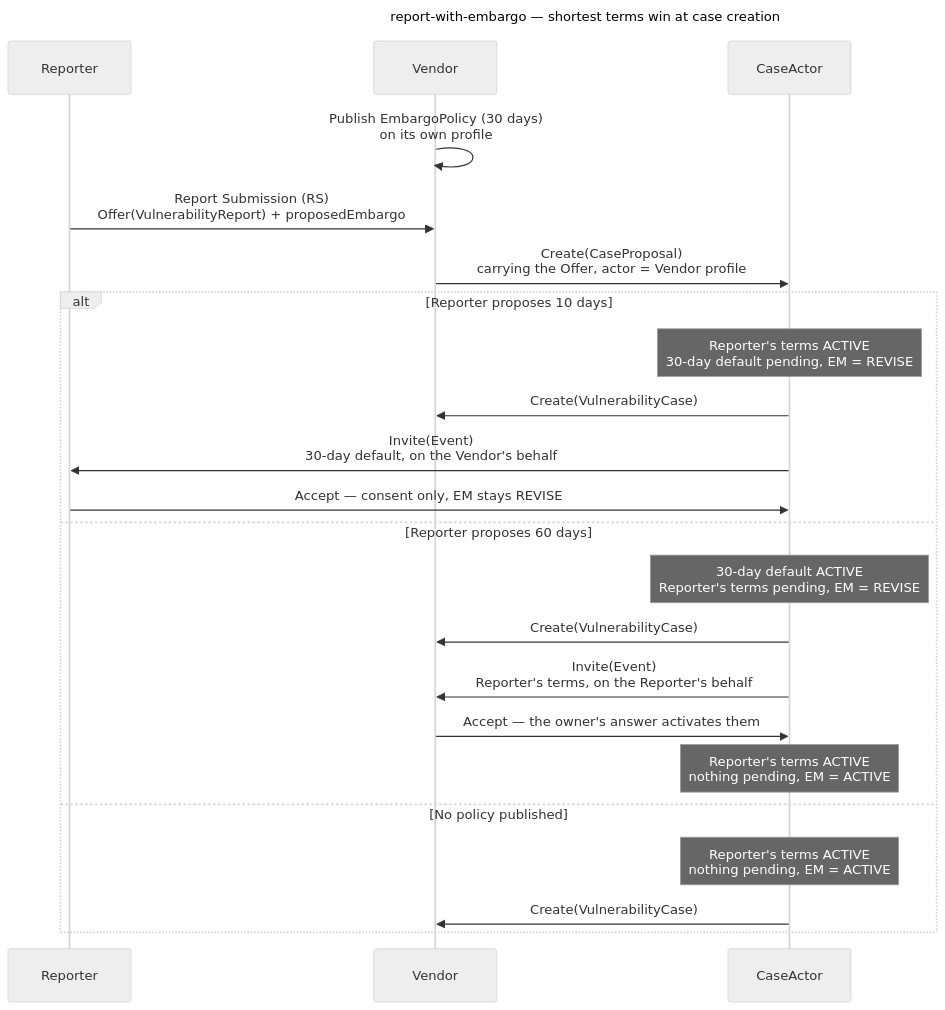
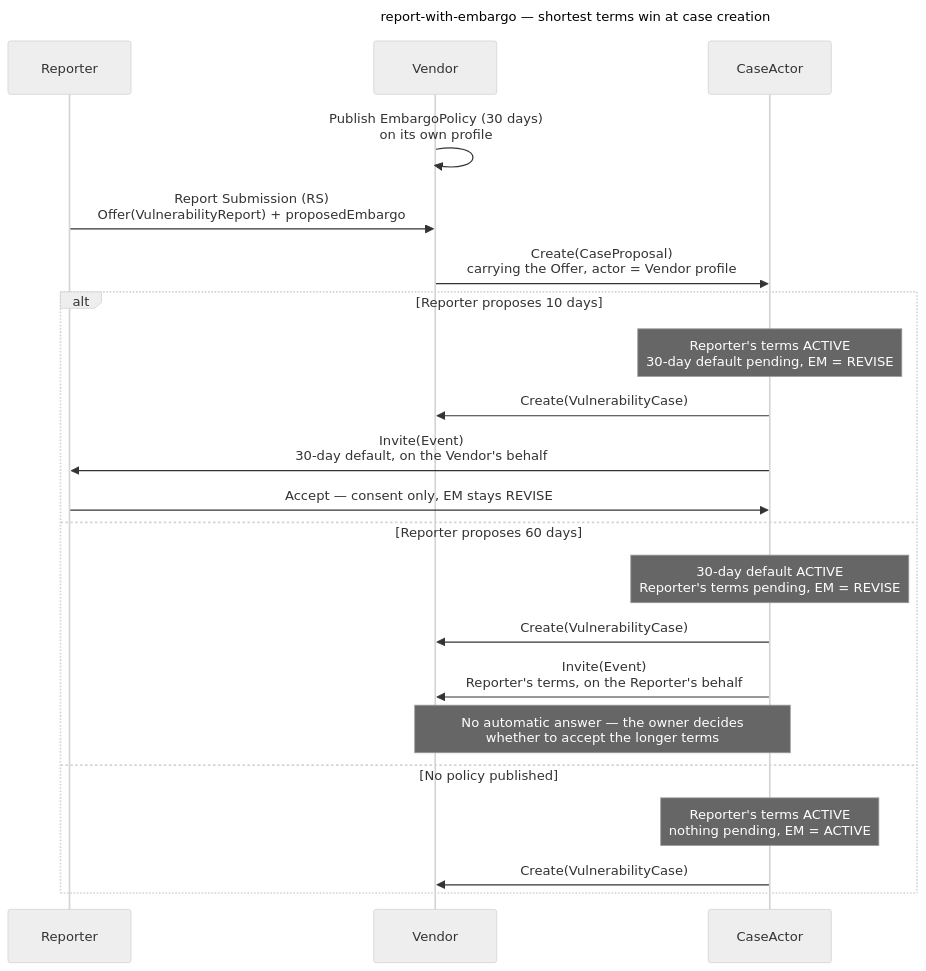
The sixth of 9 diagrams in docs/tutorials/other_demos.md (CERTCC/Vultron), drawn with Mermaid (neutral theme) before and after one commit. The commit also changed other lines of this file and 11 other files, not shown here.

First line of the commit message:
fix: owner holds its answer to a relayed revision Invite

````diff
--- a/docs/tutorials/other_demos.md
+++ b/docs/tutorials/other_demos.md
@@ -274,28 +275,27 @@
 ```mermaid
 ---
 title: report-with-embargo — shortest terms win at case creation
 ---
 sequenceDiagram
     participant R as Reporter
     participant V as Vendor
     participant CA as CaseActor
 
     V->>V: Publish EmbargoPolicy (30 days)<br/>on its own profile
     R->>V: Report Submission (RS)<br/>Offer(VulnerabilityReport) + proposedEmbargo
     V->>CA: Create(CaseProposal)<br/>carrying the Offer, actor = Vendor profile
     alt Reporter proposes 10 days
         Note over CA: Reporter's terms ACTIVE<br/>30-day default pending, EM = REVISE
         CA->>V: Create(VulnerabilityCase)
         CA->>R: Invite(Event)<br/>30-day default, on the Vendor's behalf
         R->>CA: Accept — consent only, EM stays REVISE
     else Reporter proposes 60 days
         Note over CA: 30-day default ACTIVE<br/>Reporter's terms pending, EM = REVISE
         CA->>V: Create(VulnerabilityCase)
         CA->>V: Invite(Event)<br/>Reporter's terms, on the Reporter's behalf
-        V->>CA: Accept — the owner's answer activates them
-        Note over CA: Reporter's terms ACTIVE<br/>nothing pending, EM = ACTIVE
+        Note over V,CA: No automatic answer — the owner decides<br/>whether to accept the longer terms
     else No policy published
         Note over CA: Reporter's terms ACTIVE<br/>nothing pending, EM = ACTIVE
         CA->>V: Create(VulnerabilityCase)
     end
 ```
````
